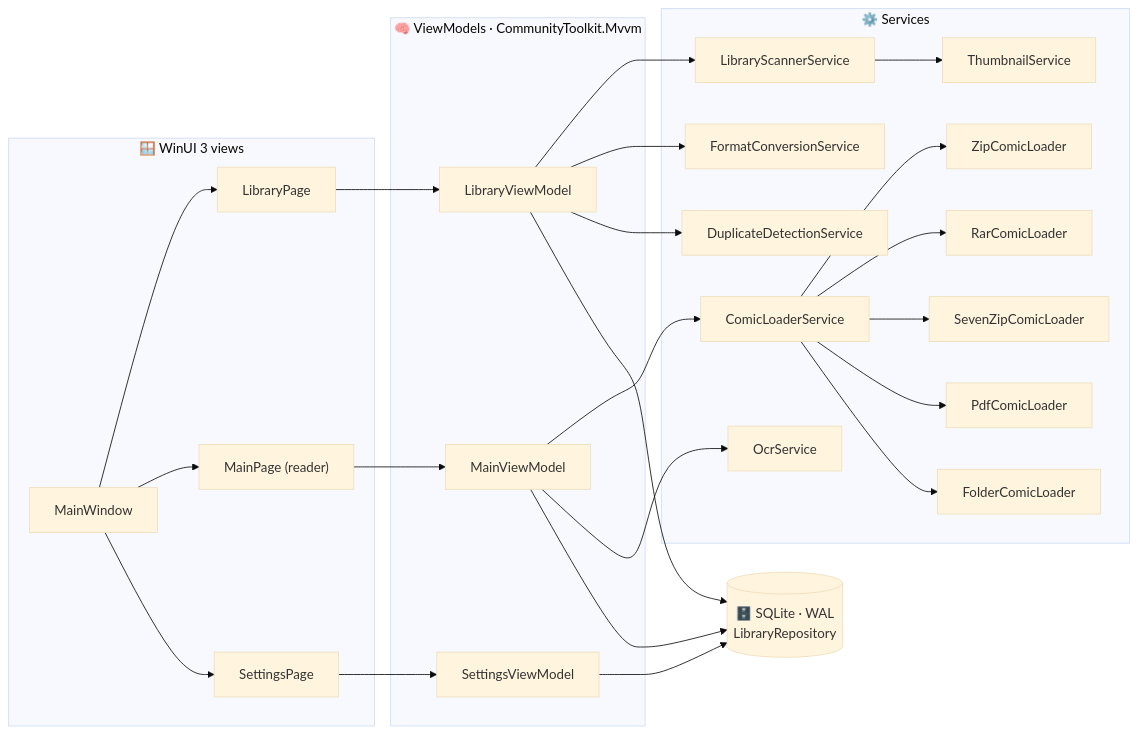
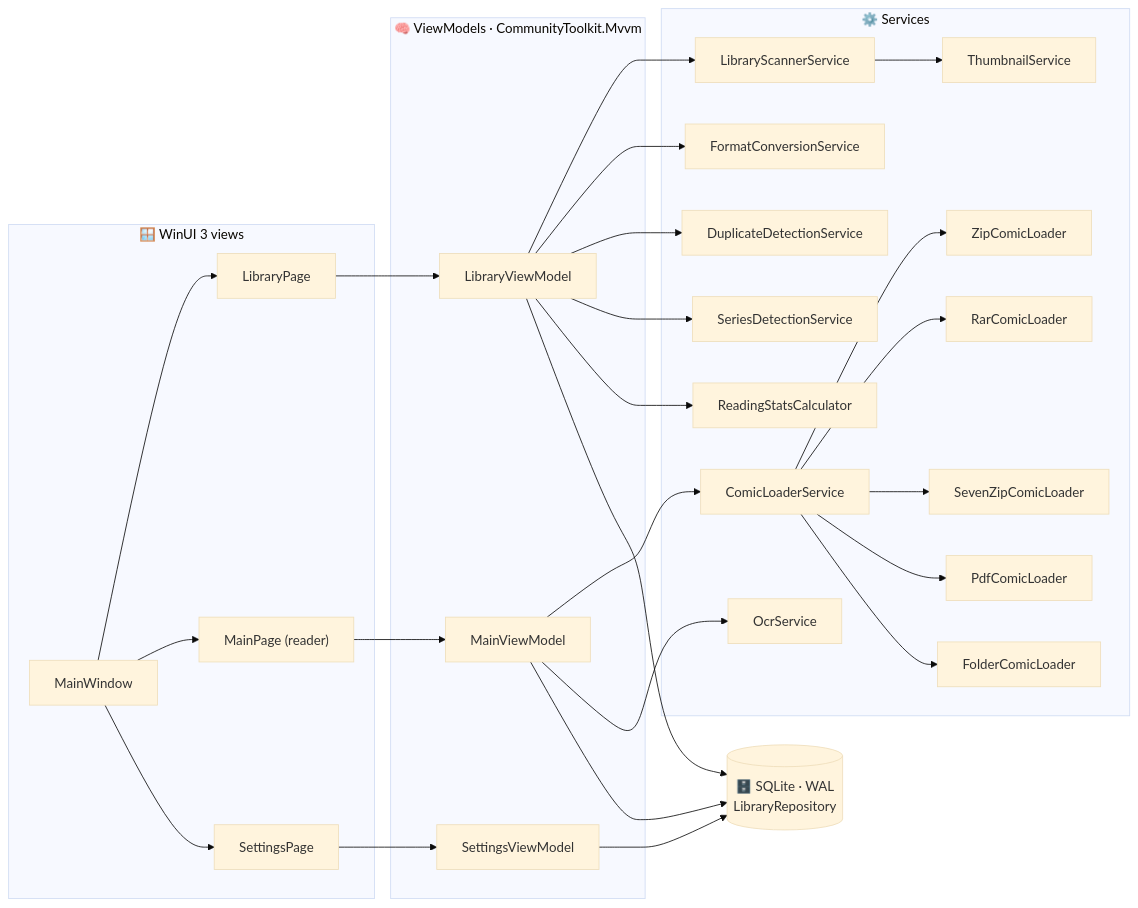
One commit to mohitbansal25082006/KomiK changed the diagram in README.md. Above: the diagram before and after it, drawn with Mermaid (base theme). The commit also changed other lines of this file and 50 other files, not shown here.

````diff
--- a/README.md
+++ b/README.md
@@ -313,42 +354,46 @@
 ```mermaid
 flowchart LR
     subgraph UI["🪟 WinUI 3 views"]
         MW["MainWindow"] --> LP["LibraryPage"]
         MW --> RP["MainPage (reader)"]
         MW --> SP["SettingsPage"]
     end
 
     subgraph VM["🧠 ViewModels · CommunityToolkit.Mvvm"]
         LVM["LibraryViewModel"]
         MVM["MainViewModel"]
         SVM["SettingsViewModel"]
     end
 
     subgraph SVC["⚙️ Services"]
         CLS["ComicLoaderService"] --> ZIP["ZipComicLoader"]
         CLS --> RAR["RarComicLoader"]
         CLS --> SZ["SevenZipComicLoader"]
         CLS --> PDF["PdfComicLoader"]
         CLS --> DIR["FolderComicLoader"]
         SCAN["LibraryScannerService"]
         THUMB["ThumbnailService"]
         CONV["FormatConversionService"]
         DUP["DuplicateDetectionService"]
+        SER["SeriesDetectionService"]
+        STATS["ReadingStatsCalculator"]
         OCR["OcrService"]
     end
 
     DB[("🗄️ SQLite · WAL<br/>LibraryRepository")]
 
     LP --> LVM
     RP --> MVM
     SP --> SVM
     MVM --> CLS
     MVM --> OCR
     LVM --> SCAN
     LVM --> CONV
     LVM --> DUP
+    LVM --> SER
+    LVM --> STATS
     SCAN --> THUMB
     LVM --> DB
     MVM --> DB
     SVM --> DB
 ```
````
